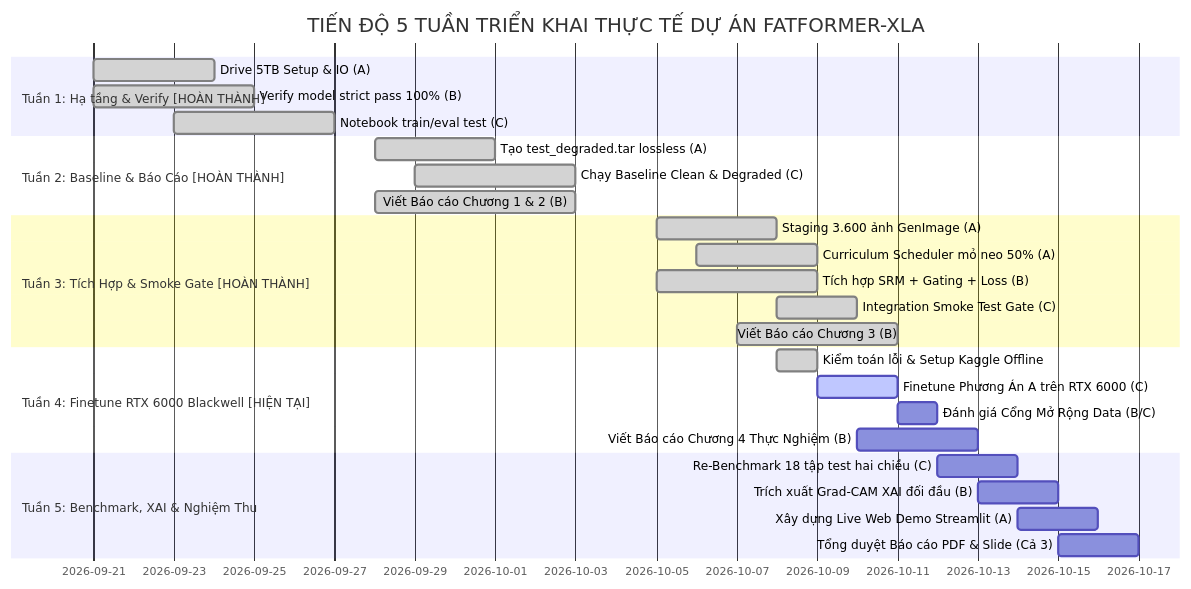
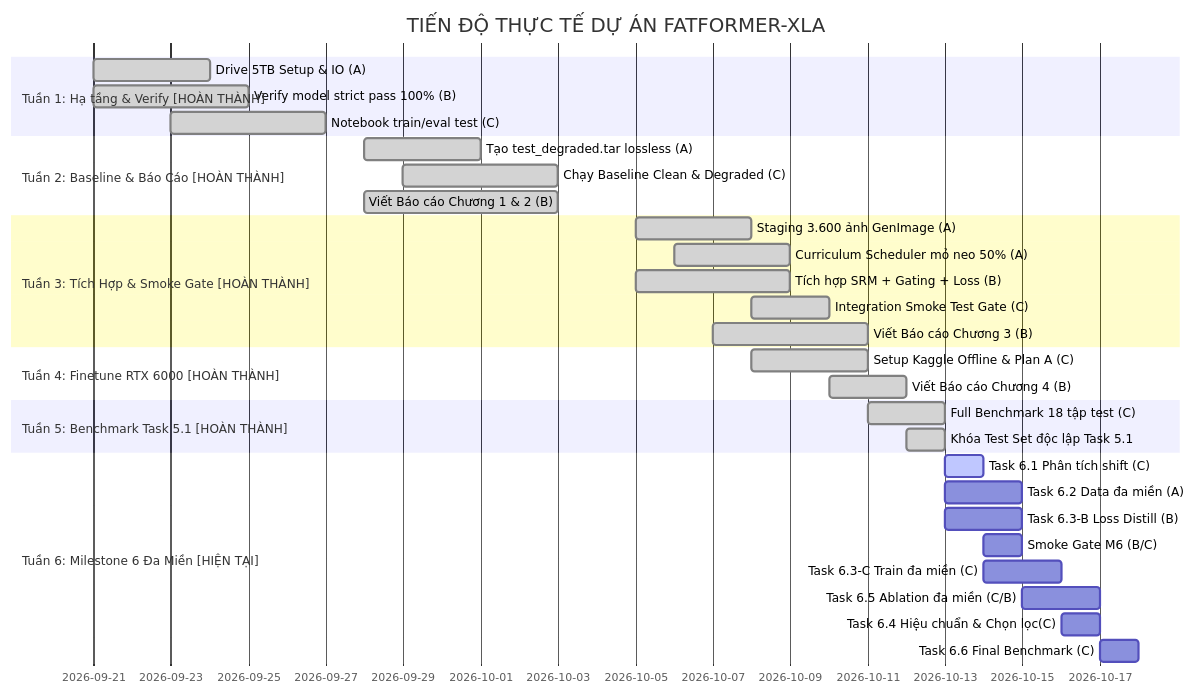
The diagram in docs/plan/ke_hoach.md (LeeVHoangtk3/fatformer-xla), drawn with Mermaid before and after one commit. The commit also changed other lines of this file and 21 other files, not shown here.

Commit message:
feat(milestone6): hoan thanh nghiem thu Task 6.1 va chuan hoa he thong dac ta Milestone 6

````diff
--- a/docs/plan/ke_hoach.md
+++ b/docs/plan/ke_hoach.md
@@ -108,29 +108,34 @@
 ```mermaid
 gantt
-    title TIẾN ĐỘ 5 TUẦN TRIỂN KHAI THỰC TẾ DỰ ÁN FATFORMER-XLA
+    title TIẾN ĐỘ THỰC TẾ DỰ ÁN FATFORMER-XLA
     dateFormat  YYYY-MM-DD
     section Tuần 1: Hạ tầng & Verify [HOÀN THÀNH]
     Drive 5TB Setup & IO (A)          :done, t1_a, 2026-09-21, 3d
     Verify model strict pass 100% (B) :done, t1_b, 2026-09-21, 4d
     Notebook train/eval test (C)      :done, t1_c, 2026-09-23, 4d
     section Tuần 2: Baseline & Báo Cáo [HOÀN THÀNH]
     Tạo test_degraded.tar lossless (A):done, t2_a, 2026-09-28, 3d
     Chạy Baseline Clean & Degraded (C):done, t2_c, 2026-09-29, 4d
     Viết Báo cáo Chương 1 & 2 (B)    :done, t2_b, 2026-09-28, 5d
     section Tuần 3: Tích Hợp & Smoke Gate [HOÀN THÀNH]
     Staging 3.600 ảnh GenImage (A)   :done, t3_a, 2026-10-05, 3d
     Curriculum Scheduler mỏ neo 50% (A):done, t3_s, 2026-10-06, 3d
     Tích hợp SRM + Gating + Loss (B) :done, t3_b, 2026-10-05, 4d
     Integration Smoke Test Gate (C)  :done, t3_c, 2026-10-08, 2d
     Viết Báo cáo Chương 3 (B)        :done, t3_w, 2026-10-07, 4d
-    section Tuần 4: Finetune RTX 6000 Blackwell [HIỆN TẠI]
-    Kiểm toán lỗi & Setup Kaggle Offline:done, t4_audit, 2026-10-08, 1d
-    Finetune Phương Án A trên RTX 6000 (C):active, t4_train, 2026-10-09, 2d
-    Đánh giá Cổng Mở Rộng Data (B/C) :t4_gate, 2026-10-11, 1d
-    Viết Báo cáo Chương 4 Thực Nghiệm (B):t4_w, 2026-10-10, 3d
-    section Tuần 5: Benchmark, XAI & Nghiệm Thu
-    Re-Benchmark 18 tập test hai chiều (C):t5_c, 2026-10-12, 2d
-    Trích xuất Grad-CAM XAI đối đầu (B):t5_b, 2026-10-13, 2d
-    Xây dựng Live Web Demo Streamlit (A):t5_a, 2026-10-14, 2d
-    Tổng duyệt Báo cáo PDF & Slide (Cả 3):t5_all, 2026-10-15, 2d
+    section Tuần 4: Finetune RTX 6000 [HOÀN THÀNH]
+    Setup Kaggle Offline & Plan A (C):done, t4_train, 2026-10-08, 3d
+    Viết Báo cáo Chương 4 (B)        :done, t4_w, 2026-10-10, 2d
+    section Tuần 5: Benchmark Task 5.1 [HOÀN THÀNH]
+    Full Benchmark 18 tập test (C)   :done, t5_c, 2026-10-11, 2d
+    Khóa Test Set độc lập Task 5.1   :done, t5_lock, 2026-10-12, 1d
+    section Tuần 6: Milestone 6 Đa Miền [HIỆN TẠI]
+    Task 6.1 Phân tích shift (C)     :active, t6_1, 2026-10-13, 1d
+    Task 6.2 Data đa miền (A)        :t6_2, 2026-10-13, 2d
+    Task 6.3-B Loss Distill (B)      :t6_3b, 2026-10-13, 2d
+    Smoke Gate M6 (B/C)              :t6_smoke, 2026-10-14, 1d
+    Task 6.3-C Train đa miền (C)     :t6_3c, 2026-10-14, 2d
+    Task 6.5 Ablation đa miền (C/B)  :t6_5, 2026-10-15, 2d
+    Task 6.4 Hiệu chuẩn & Chọn lọc(C):t6_4, 2026-10-16, 1d
+    Task 6.6 Final Benchmark (C)     :t6_6, 2026-10-17, 1d
 ```
````
